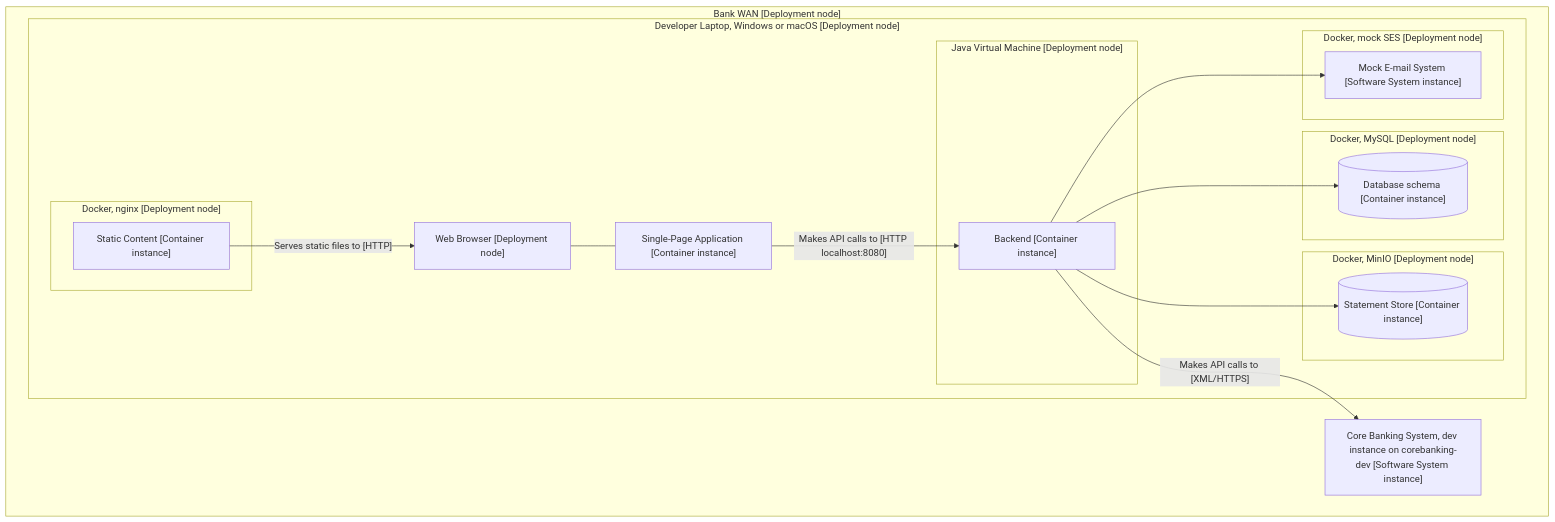
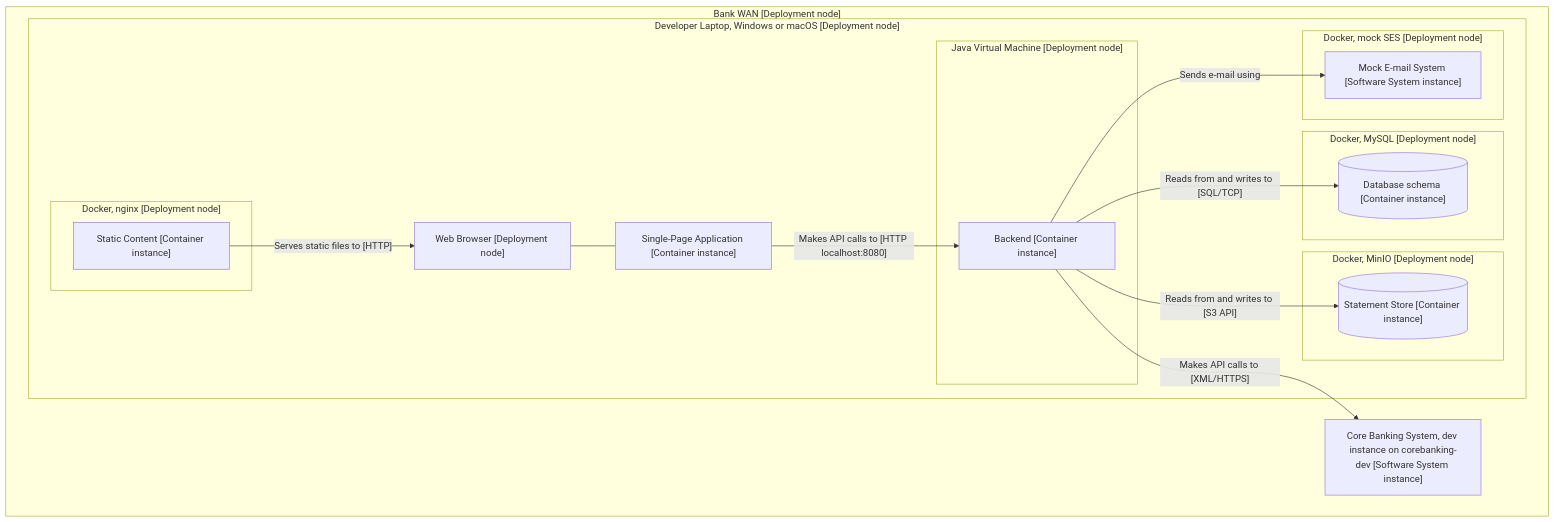
One commit to christophacham/minimal-skills changed the eighth of 10 diagrams in skills/c4-model/references/worked-example.md. Above: the diagram before and after it, drawn with Mermaid. The commit also changed other lines of this file, not shown here.

First line of the commit message:
fix(c4-model): label all arrows in worked example diagrams

````diff
--- a/skills/c4-model/references/worked-example.md
+++ b/skills/c4-model/references/worked-example.md
@@ -177,32 +177,32 @@
 ```mermaid
 flowchart TB
   subgraph WAN["Bank WAN [Deployment node]"]
     subgraph Laptop["Developer Laptop, Windows or macOS [Deployment node]"]
       Browser["Web Browser [Deployment node]"]
       UI["Single-Page Application [Container instance]"]
       subgraph DNg["Docker, nginx [Deployment node]"]
         SC["Static Content [Container instance]"]
       end
       subgraph JVM["Java Virtual Machine [Deployment node]"]
         BE["Backend [Container instance]"]
       end
       subgraph DMy["Docker, MySQL [Deployment node]"]
         DB[("Database schema [Container instance]")]
       end
       subgraph DMi["Docker, MinIO [Deployment node]"]
         SS[("Statement Store [Container instance]")]
       end
       subgraph DSe["Docker, mock SES [Deployment node]"]
         SES["Mock E-mail System [Software System instance]"]
       end
       Browser --- UI
       SC -->|"Serves static files to [HTTP]"| Browser
       UI -->|"Makes API calls to [HTTP localhost:8080]"| BE
-      BE --> DB
-      BE --> SS
-      BE --> SES
+      BE -->|"Reads from and writes to [SQL/TCP]"| DB
+      BE -->|"Reads from and writes to [S3 API]"| SS
+      BE -->|"Sends e-mail using"| SES
     end
     CBS["Core Banking System, dev instance on corebanking-dev [Software System instance]"]
     BE -->|"Makes API calls to [XML/HTTPS]"| CBS
   end
 ```
````
